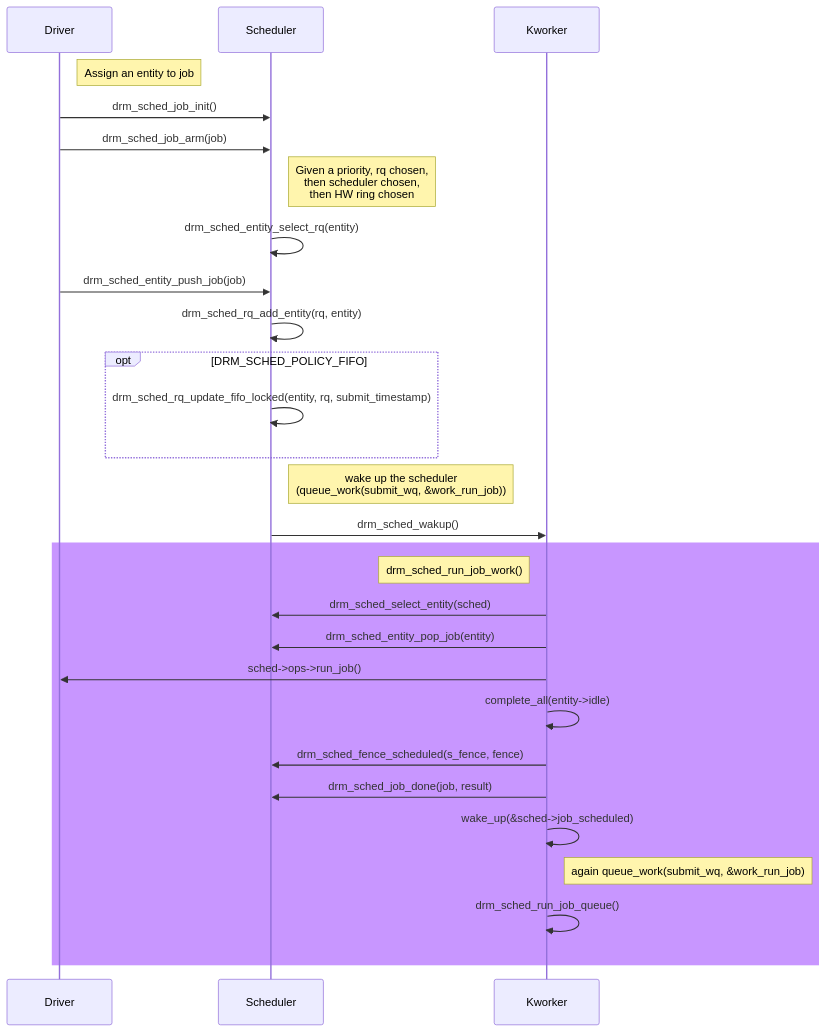
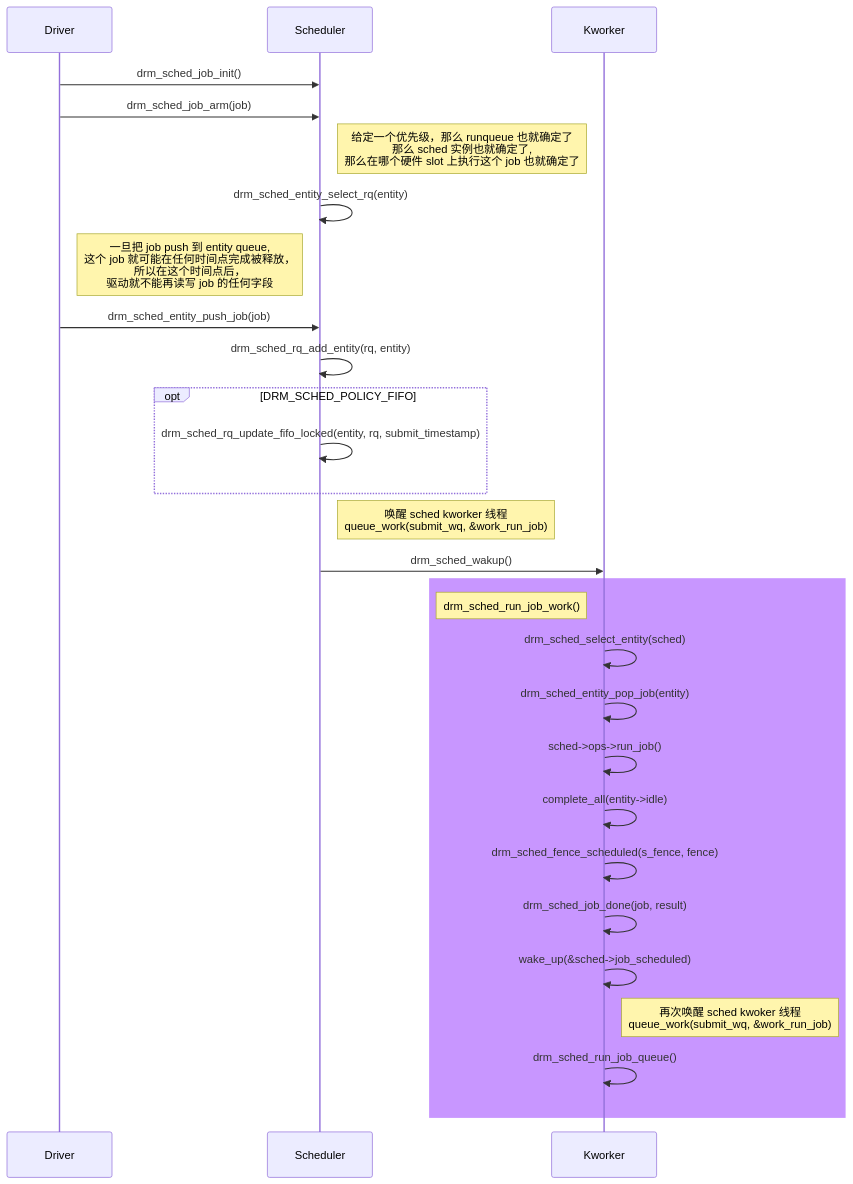
Before and after one commit to lucmann/lucmann.github.io: the fourth of 5 diagrams in source/_posts/lnx/gpu-sched.md, drawn with Mermaid.

Commit message:
linux: gpu scheduler

````diff
--- a/source/_posts/lnx/gpu-sched.md
+++ b/source/_posts/lnx/gpu-sched.md
@@ -274,31 +274,31 @@
 ```mermaid
 sequenceDiagram
   participant Driver
   participant Scheduler
   participant Kworker
 
-  note right of Driver : Assign an entity to job
   Driver ->> Scheduler : drm_sched_job_init()
   Driver ->> Scheduler : drm_sched_job_arm(job)
-  note right of Scheduler : Given a priority, rq chosen,<br>then scheduler chosen,<br>then HW ring chosen
+  note right of Scheduler : 给定一个优先级，那么 runqueue 也就确定了<br>那么 sched 实例也就确定了,<br>那么在哪个硬件 slot 上执行这个 job 也就确定了
   Scheduler ->> Scheduler : drm_sched_entity_select_rq(entity)
+  note right of Driver : 一旦把 job push 到 entity queue,<br>这个 job 就可能在任何时间点完成被释放，<br>所以在这个时间点后，<br>驱动就不能再读写 job 的任何字段
   Driver ->> Scheduler : drm_sched_entity_push_job(job)
   Scheduler ->> Scheduler : drm_sched_rq_add_entity(rq, entity)
   opt DRM_SCHED_POLICY_FIFO
     Scheduler ->> Scheduler : drm_sched_rq_update_fifo_locked(entity, rq, submit_timestamp)
   end
-  note right of Scheduler : wake up the scheduler<br>(queue_work(submit_wq, &work_run_job))
+  note right of Scheduler : 唤醒 sched kworker 线程<br>queue_work(submit_wq, &work_run_job)
   Scheduler ->> Kworker : drm_sched_wakup()
   rect rgb(200, 150, 255)
     note left of Kworker : drm_sched_run_job_work()
-    Kworker ->> Scheduler : drm_sched_select_entity(sched)
-    Kworker ->> Scheduler : drm_sched_entity_pop_job(entity)
-    Kworker ->> Driver : sched->ops->run_job()
+    Kworker ->> Kworker : drm_sched_select_entity(sched)
+    Kworker ->> Kworker : drm_sched_entity_pop_job(entity)
+    Kworker ->> Kworker : sched->ops->run_job()
     Kworker ->> Kworker : complete_all(entity->idle)
-    Kworker ->> Scheduler : drm_sched_fence_scheduled(s_fence, fence)
-    Kworker ->> Scheduler : drm_sched_job_done(job, result)
+    Kworker ->> Kworker : drm_sched_fence_scheduled(s_fence, fence)
+    Kworker ->> Kworker : drm_sched_job_done(job, result)
     Kworker ->> Kworker : wake_up(&sched->job_scheduled)
-    note right of Kworker : again queue_work(submit_wq, &work_run_job)
+    note right of Kworker : 再次唤醒 sched kwoker 线程<br>queue_work(submit_wq, &work_run_job)
     Kworker ->> Kworker : drm_sched_run_job_queue()
   end
 ```
````
